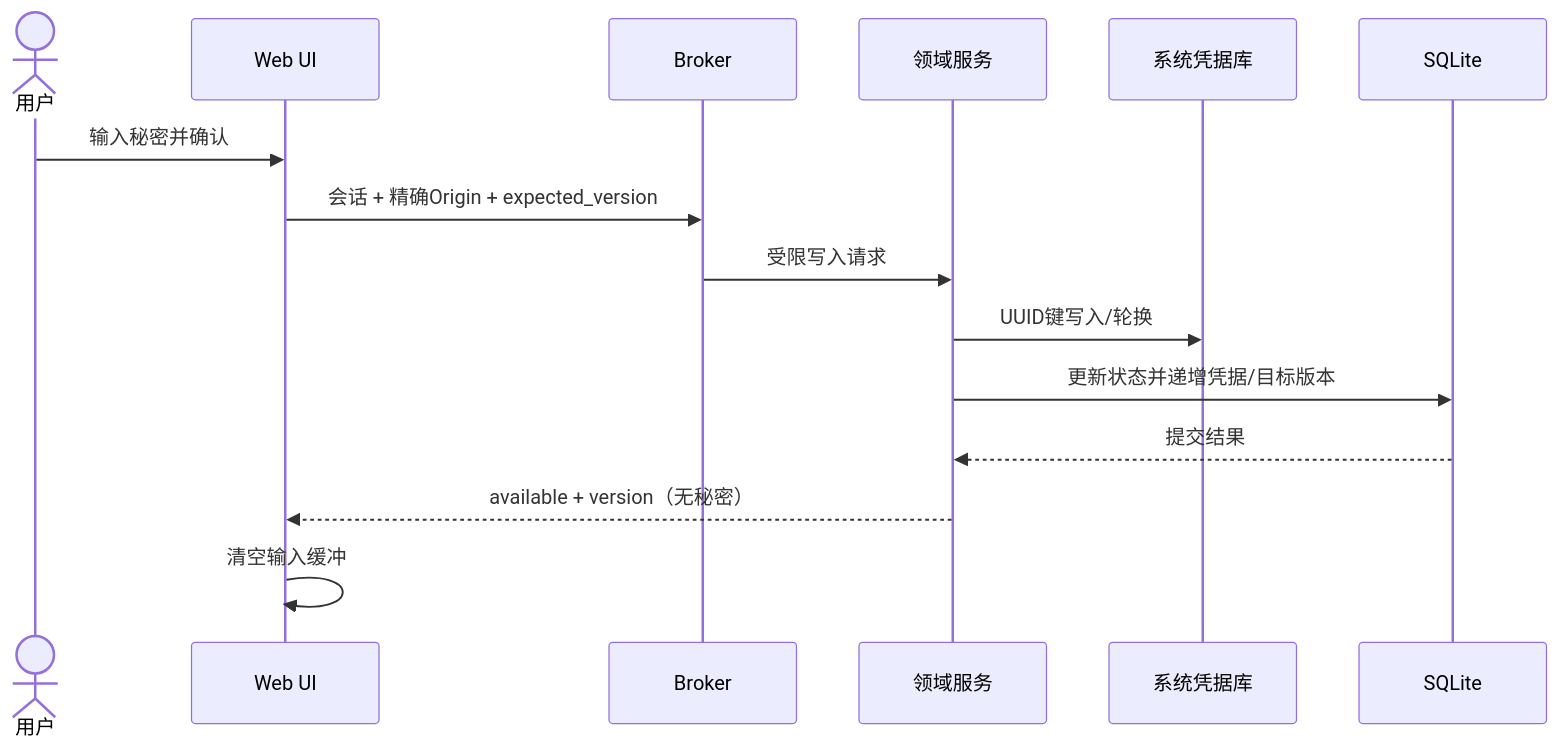
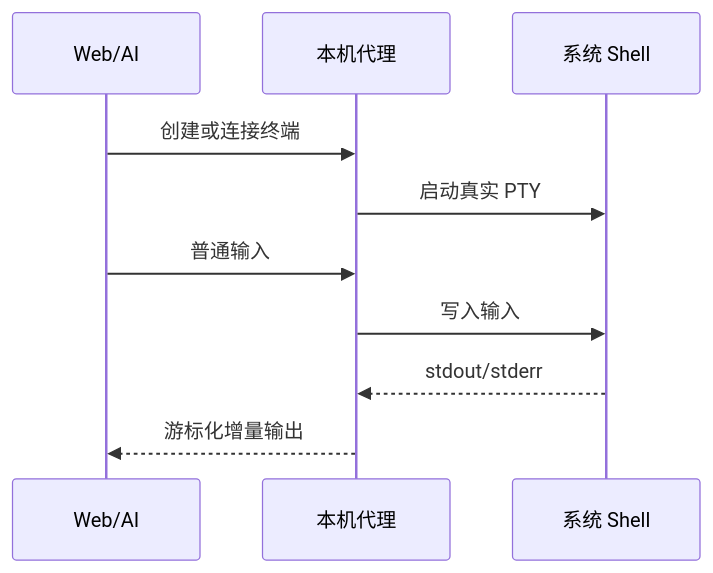
One commit to qq940500529/secretbridge changed the third of 4 diagrams in docs/成熟态软件架构与功能说明.md. Above: the diagram before and after it, drawn with Mermaid. The commit also changed other lines of this file and 24 other files, not shown here.

````diff
--- a/docs/成熟态软件架构与功能说明.md
+++ b/docs/成熟态软件架构与功能说明.md
@@ -239,17 +106,13 @@
 ```mermaid
 sequenceDiagram
-    actor User as 用户
-    participant UI as Web UI
-    participant API as Broker
-    participant Domain as 领域服务
-    participant Vault as 系统凭据库
-    participant DB as SQLite
-    User->>UI: 输入秘密并确认
-    UI->>API: 会话 + 精确Origin + expected_version
-    API->>Domain: 受限写入请求
-    Domain->>Vault: UUID键写入/轮换
-    Domain->>DB: 更新状态并递增凭据/目标版本
-    DB-->>Domain: 提交结果
-    Domain-->>UI: available + version（无秘密）
-    UI->>UI: 清空输入缓冲
+    participant Client as Web/AI
+    participant Broker as 本机代理
+    participant PTY as 系统 Shell
+
+    Client->>Broker: 创建或连接终端
+    Broker->>PTY: 启动真实 PTY
+    Client->>Broker: 普通输入
+    Broker->>PTY: 写入输入
+    PTY-->>Broker: stdout/stderr
+    Broker-->>Client: 游标化增量输出
 ```
````
